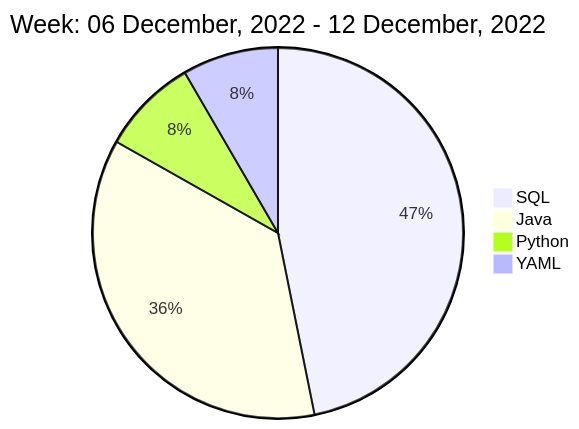
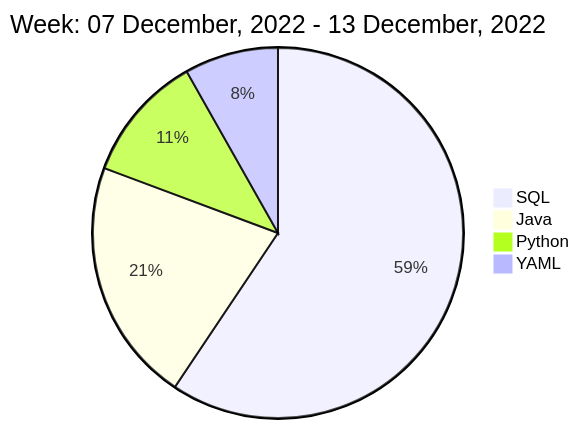
Before and after one commit to liubin95/liubin95: the diagram in README.md, drawn with Mermaid.

Commit message:
Updated the Graph with new Metrics

````diff
--- a/README.md
+++ b/README.md
@@ -40,8 +40,8 @@
 ```mermaid
  pie
-title Week: 06 December, 2022 - 12 December, 2022
- "SQL" : 8.22
- "Java" : 6.38
- "Python" : 1.48
- "YAML" : 1.47
+title Week: 07 December, 2022 - 13 December, 2022
+ "SQL" : 8.92
+ "Java" : 3.2
+ "Python" : 1.67
+ "YAML" : 1.23
 ```
````
